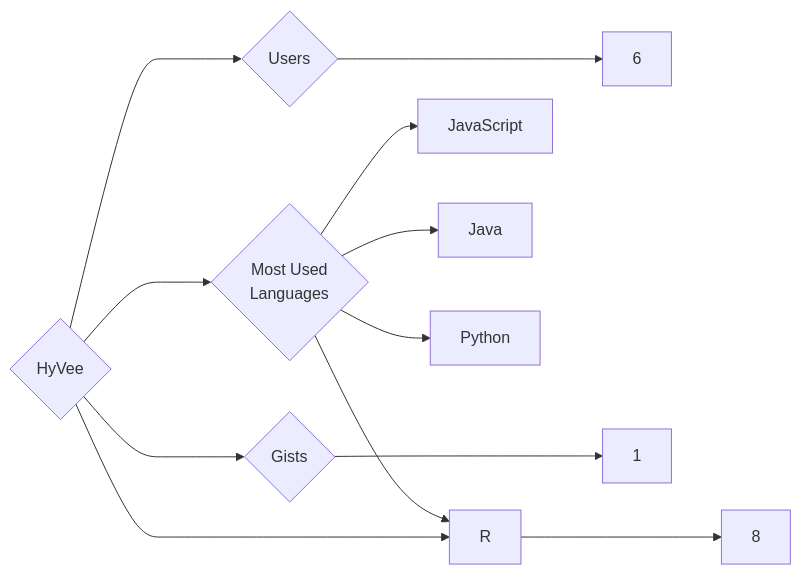
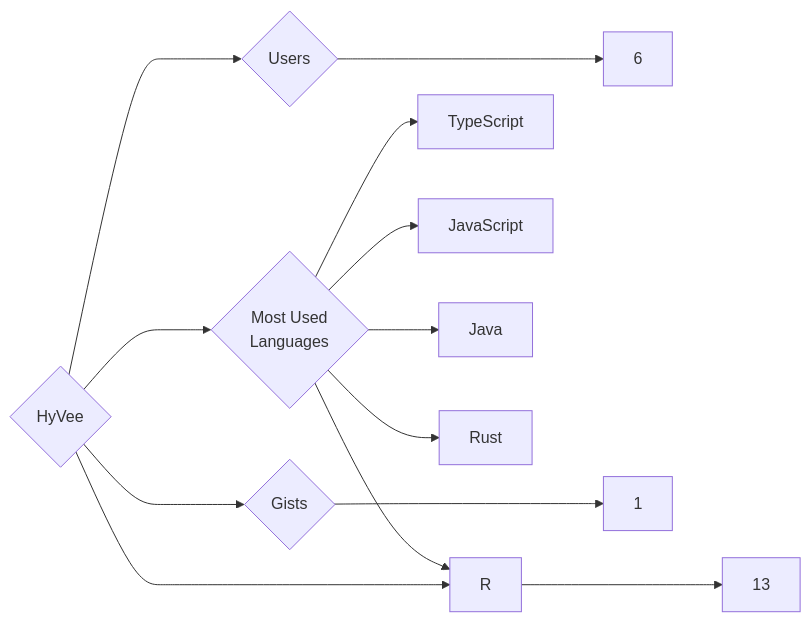
The diagram in targets/HyVee/README.md (trickest/insiders), drawn with Mermaid before and after one commit. The commit also changed 1084 other files, not shown here.

````diff
--- a/targets/HyVee/README.md
+++ b/targets/HyVee/README.md
@@ -3,12 +3,13 @@
 ```mermaid
 graph LR
 COMPANY_NAME{HyVee}
 COMPANY_NAME ---> U{Users} ---> UN[6]
-COMPANY_NAME ---> R{Repositories} ---> RN[8]
+COMPANY_NAME ---> R{Repositories} ---> RN[13]
 COMPANY_NAME ---> G{Gists} ---> GN[1]
 COMPANY_NAME ---> ML{Most Used<br>Languages}
+ML --> TypeScript[TypeScript]
 ML --> JavaScript[JavaScript]
 ML --> Java[Java]
+ML --> Rust[Rust]
 ML --> R[R]
-ML --> Python[Python]
 ```
````
